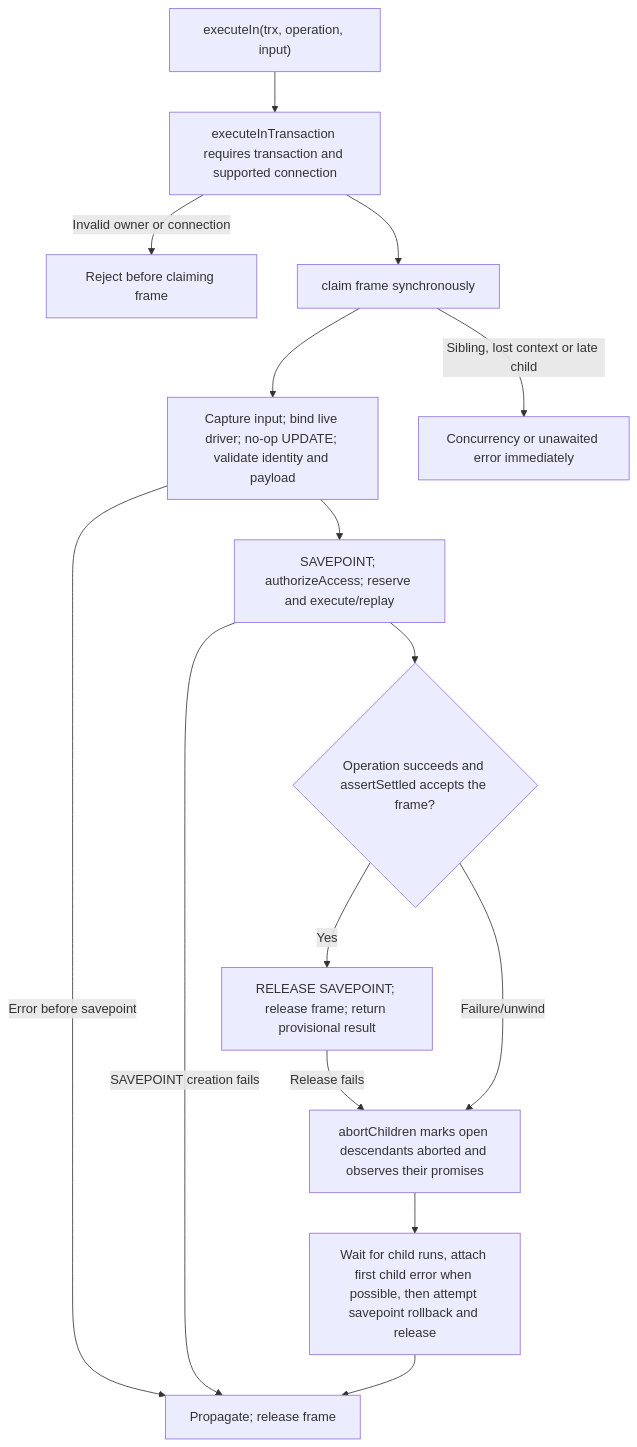
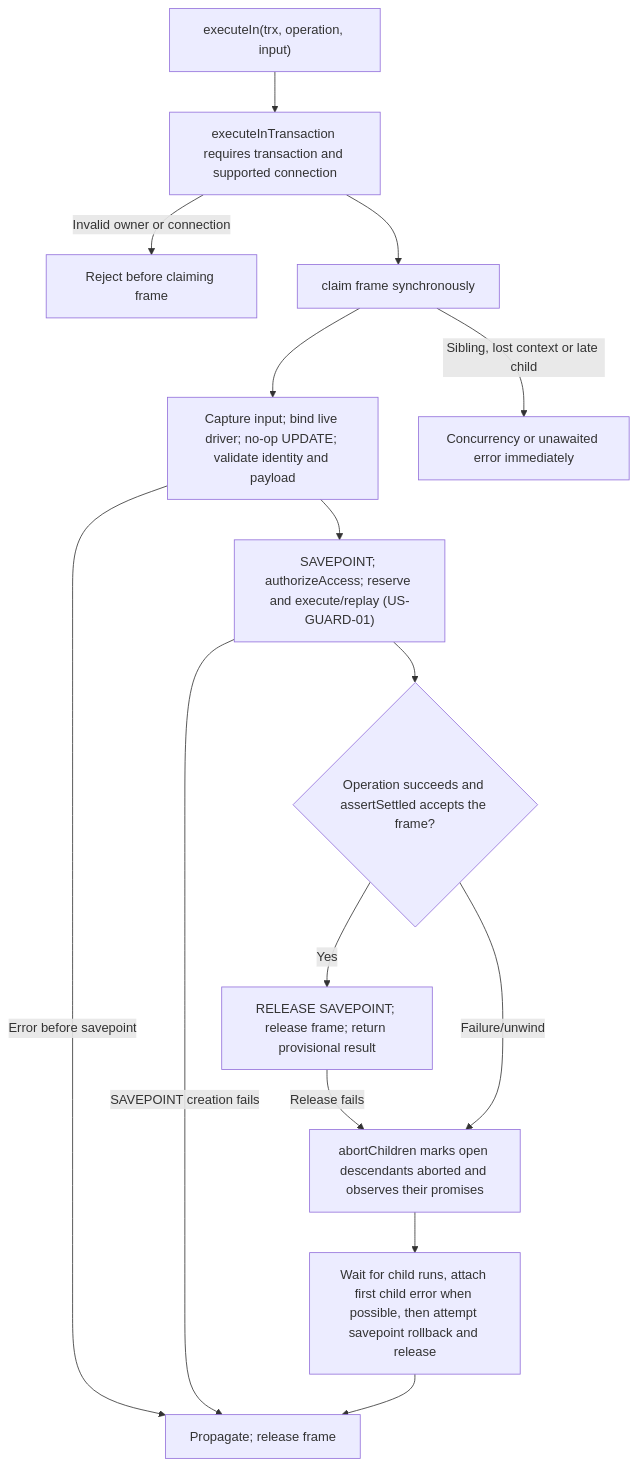
Before and after one commit to Kevinjohn/oss-adonisjs-duplicate-request-guard: the second of 2 diagrams in user-stories/US-GUARD-02-compose-transaction.md, drawn with Mermaid. The commit also changed other lines of this file and 6 other files, not shown here.

````diff
--- a/user-stories/US-GUARD-02-compose-transaction.md
+++ b/user-stories/US-GUARD-02-compose-transaction.md
@@ -43,17 +43,17 @@
 ```mermaid
 flowchart TD
     A["executeIn(trx, operation, input)"] --> B["executeInTransaction requires transaction and supported connection"]
     B -->|Invalid owner or connection| X["Reject before claiming frame"]
     B --> C["claim frame synchronously"]
     C --> V["Capture input; bind live driver; no-op UPDATE; validate identity and payload"]
     V -->|Error before savepoint| Z["Propagate; release frame"]
-    V --> D["SAVEPOINT; authorizeAccess; reserve and execute/replay"]
+    V --> D["SAVEPOINT; authorizeAccess; reserve and execute/replay (US-GUARD-01)"]
     D -->|SAVEPOINT creation fails| Z
     D --> E{"Operation succeeds and assertSettled accepts the frame?"}
     E -->|Yes| F["RELEASE SAVEPOINT; release frame; return provisional result"]
     F -->|Release fails| G
     E -->|Failure/unwind| G["abortChildren marks open descendants aborted and observes their promises"]
     G --> Q["Wait for child runs, attach first child error when possible, then attempt savepoint rollback and release"]
     Q --> Z
     C -->|Sibling, lost context or late child| H["Concurrency or unawaited error immediately"]
 ```
````
